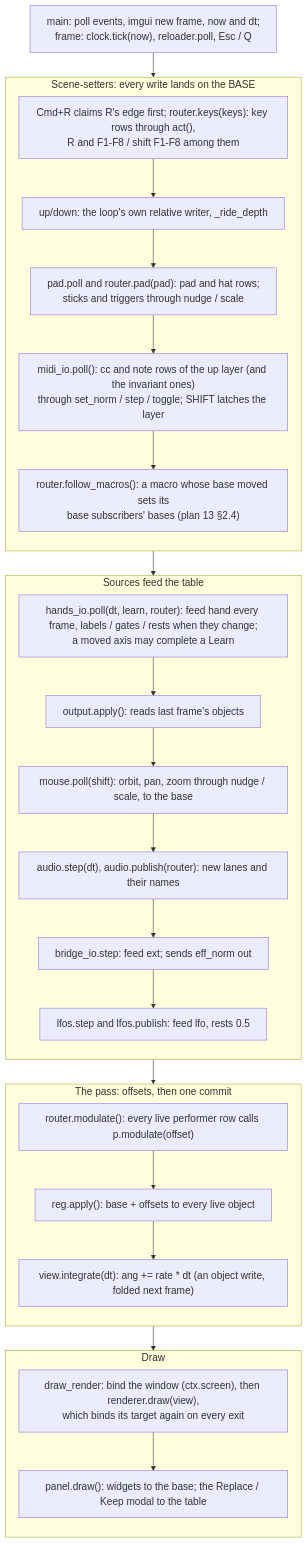
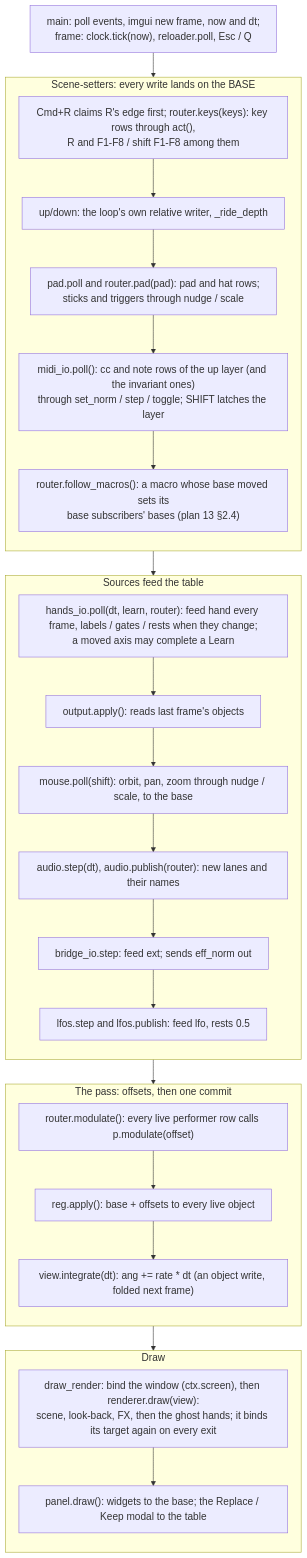
Before and after one commit to Cutaiar/hyperspace: the diagram in hyperspace-python/docs/ARCHITECTURE.md, drawn with Mermaid. The commit also changed other lines of this file and 20 other files, not shown here.

First line of the commit message:
Ghost hands: both tracked hands drawn over the finished frame

````diff
--- a/hyperspace-python/docs/ARCHITECTURE.md
+++ b/hyperspace-python/docs/ARCHITECTURE.md
@@ -70,41 +70,41 @@
 ```mermaid
 %%{init: {"themeVariables": {"fontSize": "18px"}, "flowchart": {"nodeSpacing": 28, "rankSpacing": 44, "wrappingWidth": 420}}}%%
 flowchart TB
     S0["main: poll events, imgui new frame, now and dt;<br/>frame: clock.tick(now), reloader.poll, Esc / Q"]
     subgraph setters ["Scene-setters: every write lands on the BASE"]
         direction TB
         S1["Cmd+R claims R's edge first; router.keys(keys): key rows through act(),<br/>R and F1-F8 / shift F1-F8 among them"]
         S2["up/down: the loop's own relative writer, _ride_depth"]
         S3["pad.poll and router.pad(pad): pad and hat rows;<br/>sticks and triggers through nudge / scale"]
         S4["midi_io.poll(): cc and note rows of the up layer (and the invariant ones)<br/>through set_norm / step / toggle; SHIFT latches the layer"]
         S4b["router.follow_macros(): a macro whose base moved sets its<br/>base subscribers' bases (plan 13 §2.4)"]
         S1 --> S2 --> S3 --> S4 --> S4b
     end
     subgraph feeds ["Sources feed the table"]
         direction TB
         S5["hands_io.poll(dt, learn, router): feed hand every frame, labels / gates / rests when they change;<br/>a moved axis may complete a Learn"]
         S6["output.apply(): reads last frame's objects"]
         S7["mouse.poll(shift): orbit, pan, zoom through nudge / scale, to the base"]
         S8["audio.step(dt), audio.publish(router): new lanes and their names"]
         S9["bridge_io.step: feed ext; sends eff_norm out"]
         S10["lfos.step and lfos.publish: feed lfo, rests 0.5"]
         S5 --> S6 --> S7 --> S8 --> S9 --> S10
     end
     subgraph pass ["The pass: offsets, then one commit"]
         direction TB
         S11["router.modulate(): every live performer row calls p.modulate(offset)"]
         S12["reg.apply(): base + offsets to every live object"]
         S13["view.integrate(dt): ang += rate * dt (an object write, folded next frame)"]
         S11 --> S12 --> S13
     end
     subgraph draw ["Draw"]
         direction TB
-        S14["draw_render: bind the window (ctx.screen), then renderer.draw(view),<br/>which binds its target again on every exit"]
+        S14["draw_render: bind the window (ctx.screen), then renderer.draw(view):<br/>scene, look-back, FX, then the ghost hands; it binds its target again on every exit"]
         S15["panel.draw(): widgets to the base; the Replace / Keep modal to the table"]
         S14 --> S15
     end
     S0 --> S1
     S4b --> S5
     S10 --> S11
     S13 --> S14
 ```
````
